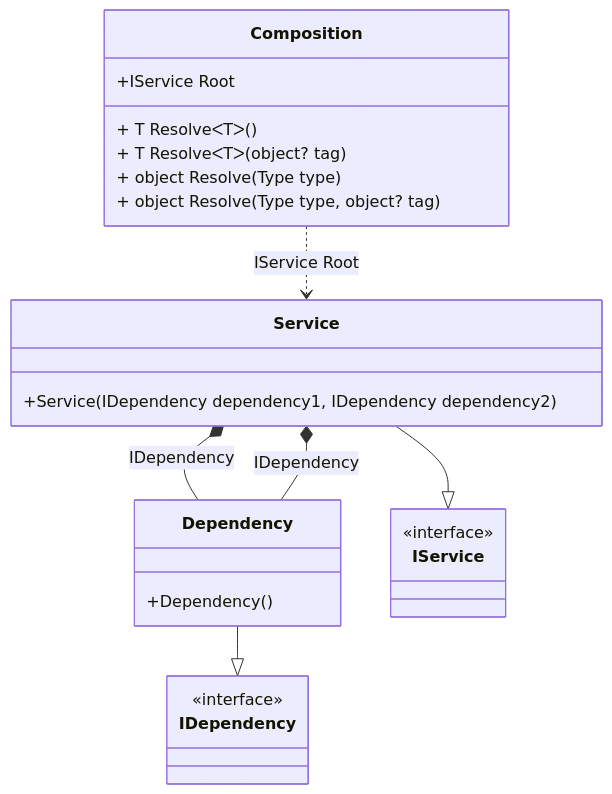
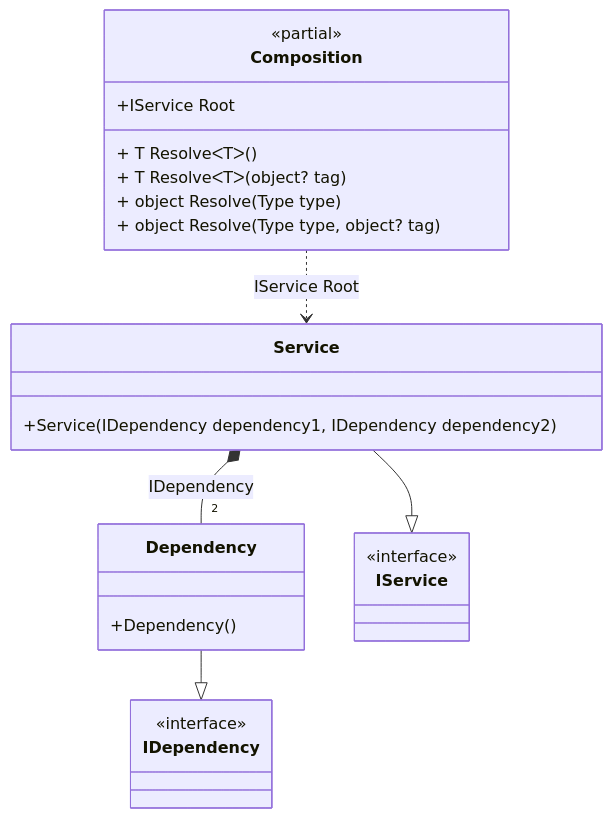
One commit to DevTeam/Pure.DI changed the diagram in readme/transient.md. Above: the diagram before and after it, drawn with Mermaid. The commit also changed 74 other files, not shown here.

Commit message:
Improved class diagram

````diff
--- a/readme/transient.md
+++ b/readme/transient.md
@@ -43,27 +43,27 @@
 ```mermaid
 classDiagram
 	class Composition {
+		<<partial>>
 		+IService Root
 		+ T ResolveᐸTᐳ()
 		+ T ResolveᐸTᐳ(object? tag)
 		+ object Resolve(Type type)
 		+ object Resolve(Type type, object? tag)
 	}
 	Dependency --|> IDependency : 
 	class Dependency {
 		+Dependency()
 	}
 	Service --|> IService : 
 	class Service {
 		+Service(IDependency dependency1, IDependency dependency2)
 	}
 	class IDependency {
 		<<interface>>
 	}
 	class IService {
 		<<interface>>
 	}
-	Service *--  Dependency : IDependency
-	Service *--  Dependency : IDependency
+	Service *-- "2 " Dependency : IDependency
 	Composition ..> Service : IService Root
 ```
````
